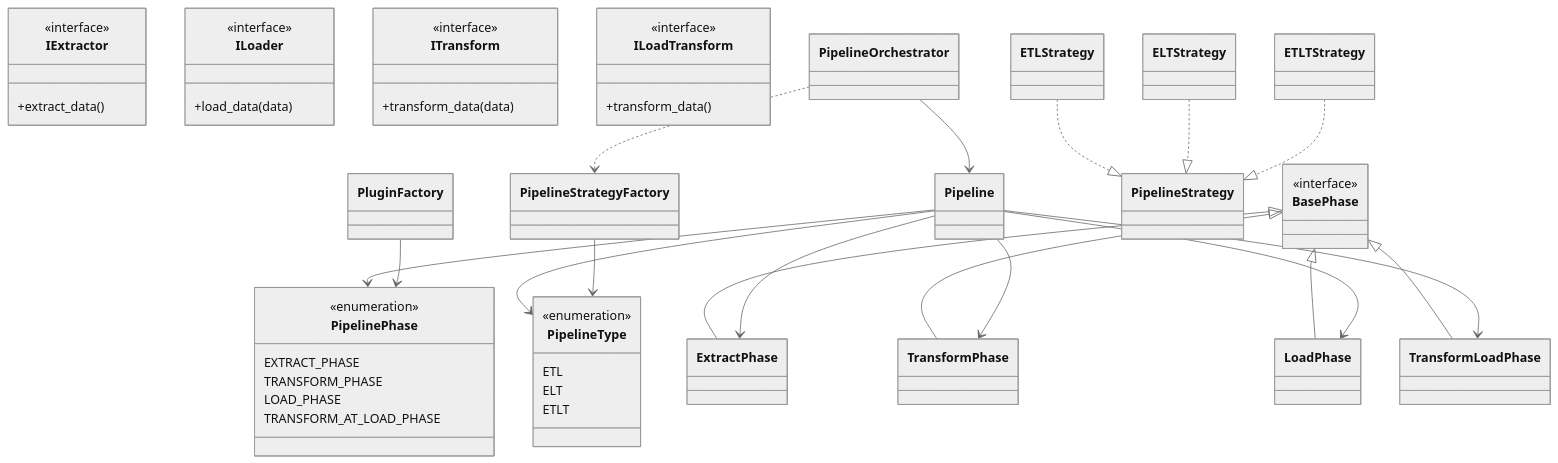
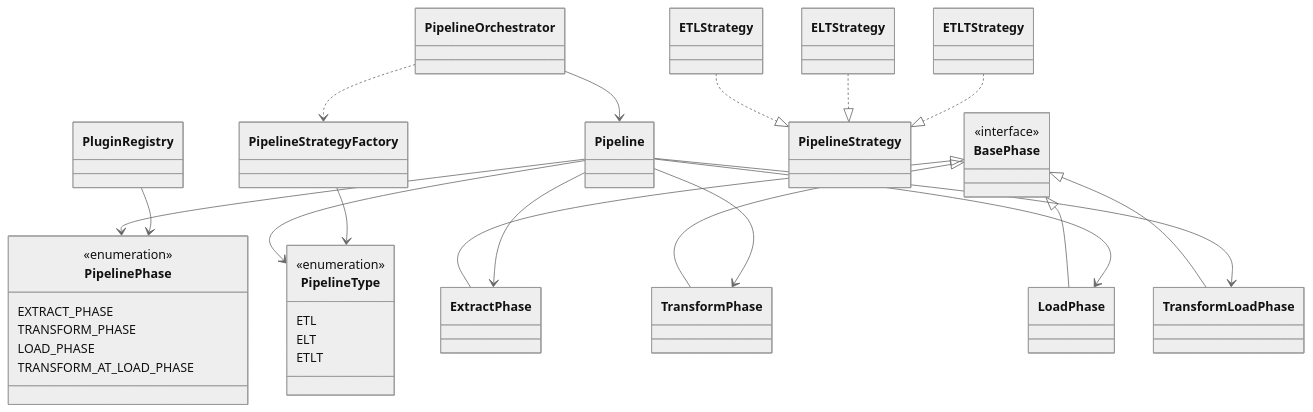
Before and after one commit to jakubpulaczewski/pipeline-flow: the diagram in docs/class.md, drawn with Mermaid (neutral theme). The commit also changed 2 other files, not shown here.

Commit message:
Updated class diagrams. They still need to be updated

````diff
--- a/docs/class.md
+++ b/docs/class.md
@@ -1,7 +1,7 @@
 ```mermaid
 classDiagram
 
-    class PluginFactory {
+    class PluginRegistry {
     }
 
  
@@ -21,26 +21,6 @@
     }
 
 
-    class IExtractor {
-        <<interface>>
-        +extract_data()
-    }
-
-    class ILoader {
-        <<interface>>
-        +load_data(data)
-    }
-
-
-    class ITransform {
-        <<interface>>
-        +transform_data(data)
-    }
-
-    class ILoadTransform {
-        <<interface>>
-        +transform_data()
-    }
 
     class ExtractPhase {
     }
@@ -100,5 +80,5 @@
     ELTStrategy ..|> PipelineStrategy
     ETLTStrategy ..|> PipelineStrategy
 
-    PluginFactory --> PipelinePhase
+    PluginRegistry --> PipelinePhase
 ```
````
